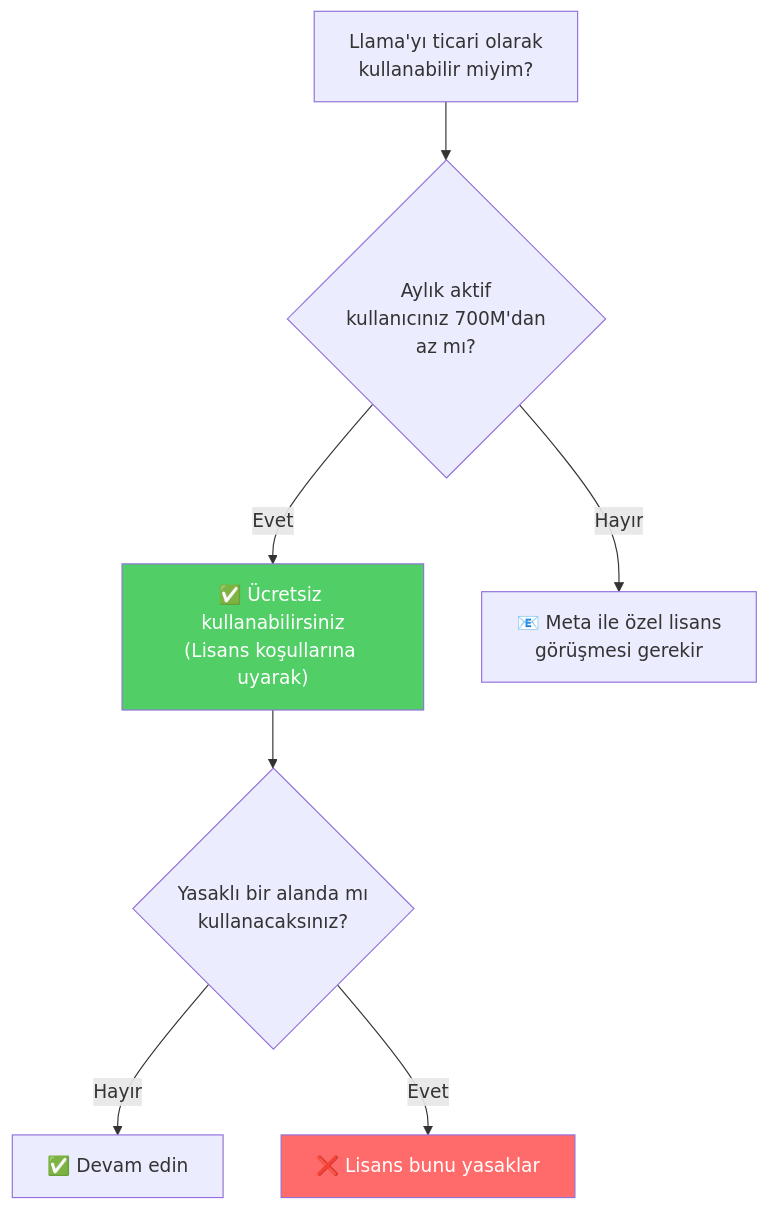
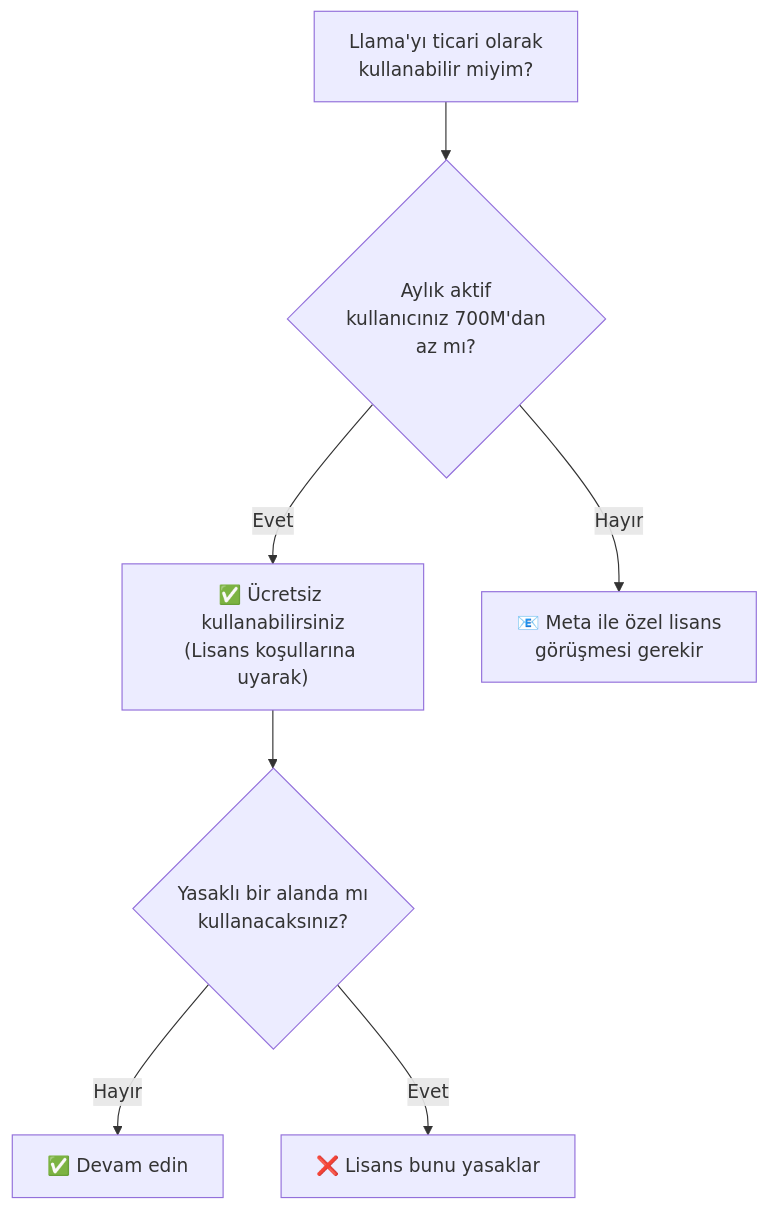
The fifth of 6 diagrams in 03-llm-saglayicilari/04-meta-ve-llama.md (IzzetYasinAtes/ClaudeCodeHandbook), drawn with Mermaid before and after one commit. The commit also changed other lines of this file and 97 other files, not shown here.

Commit message:
Remove all custom Mermaid style/fill colors from 98 markdown files for consistent dark theme rendering

````diff
--- a/03-llm-saglayicilari/04-meta-ve-llama.md
+++ b/03-llm-saglayicilari/04-meta-ve-llama.md
@@ -159,13 +150,11 @@
 ```mermaid
 flowchart TD
     Q["Llama'yı ticari olarak<br/>kullanabilir miyim?"]
     Q --> Q1{"Aylık aktif<br/>kullanıcınız 700M'dan<br/>az mı?"}
     Q1 -->|Evet| OK["✅ Ücretsiz kullanabilirsiniz<br/>(Lisans koşullarına uyarak)"]
     Q1 -->|Hayır| META["📧 Meta ile özel lisans<br/>görüşmesi gerekir"]
     OK --> Q2{"Yasaklı bir alanda mı<br/>kullanacaksınız?"}
     Q2 -->|Hayır| DEVAM["✅ Devam edin"]
     Q2 -->|Evet| YASAK["❌ Lisans bunu yasaklar"]
 
-    style OK fill:#51cf66,color:#fff
-    style YASAK fill:#ff6b6b,color:#fff
 ```
````
